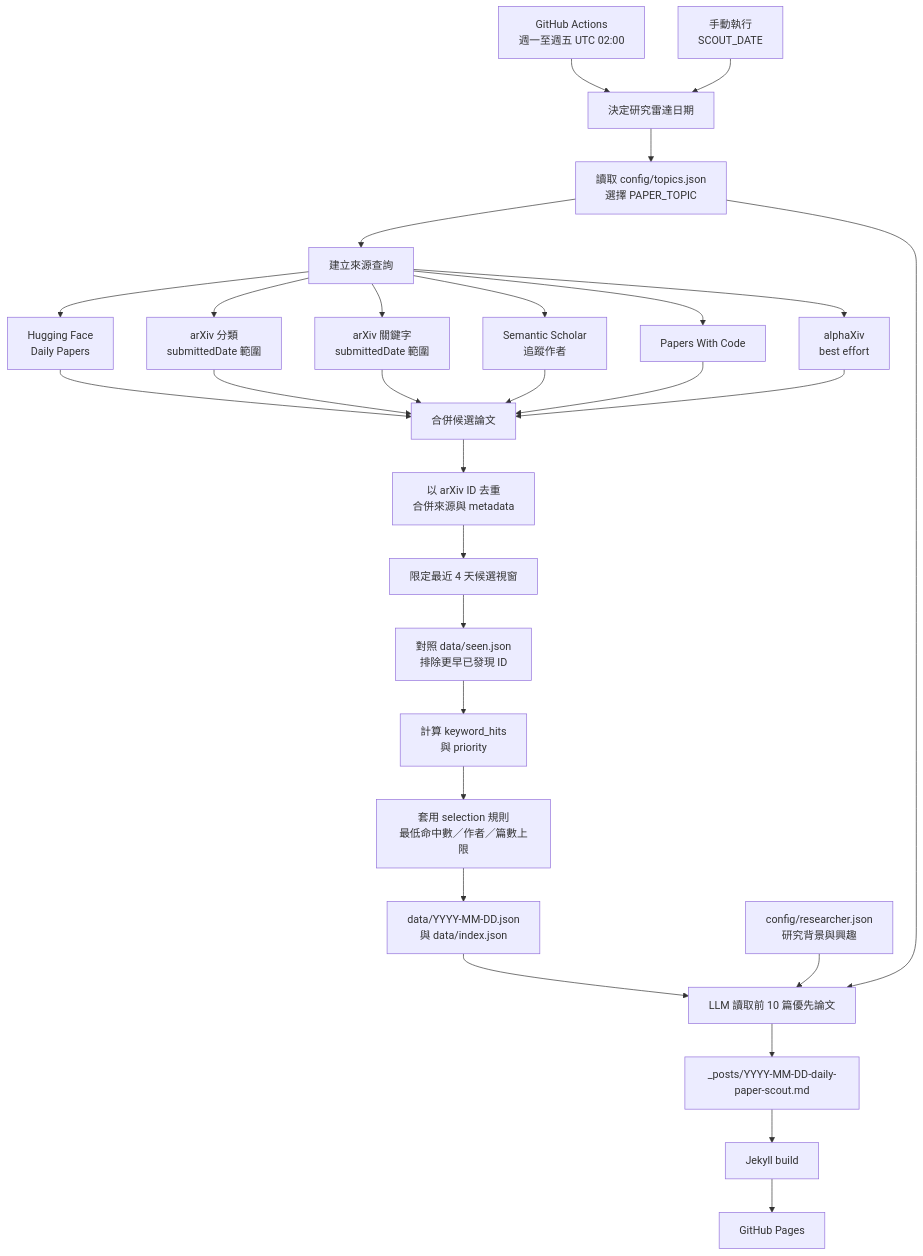
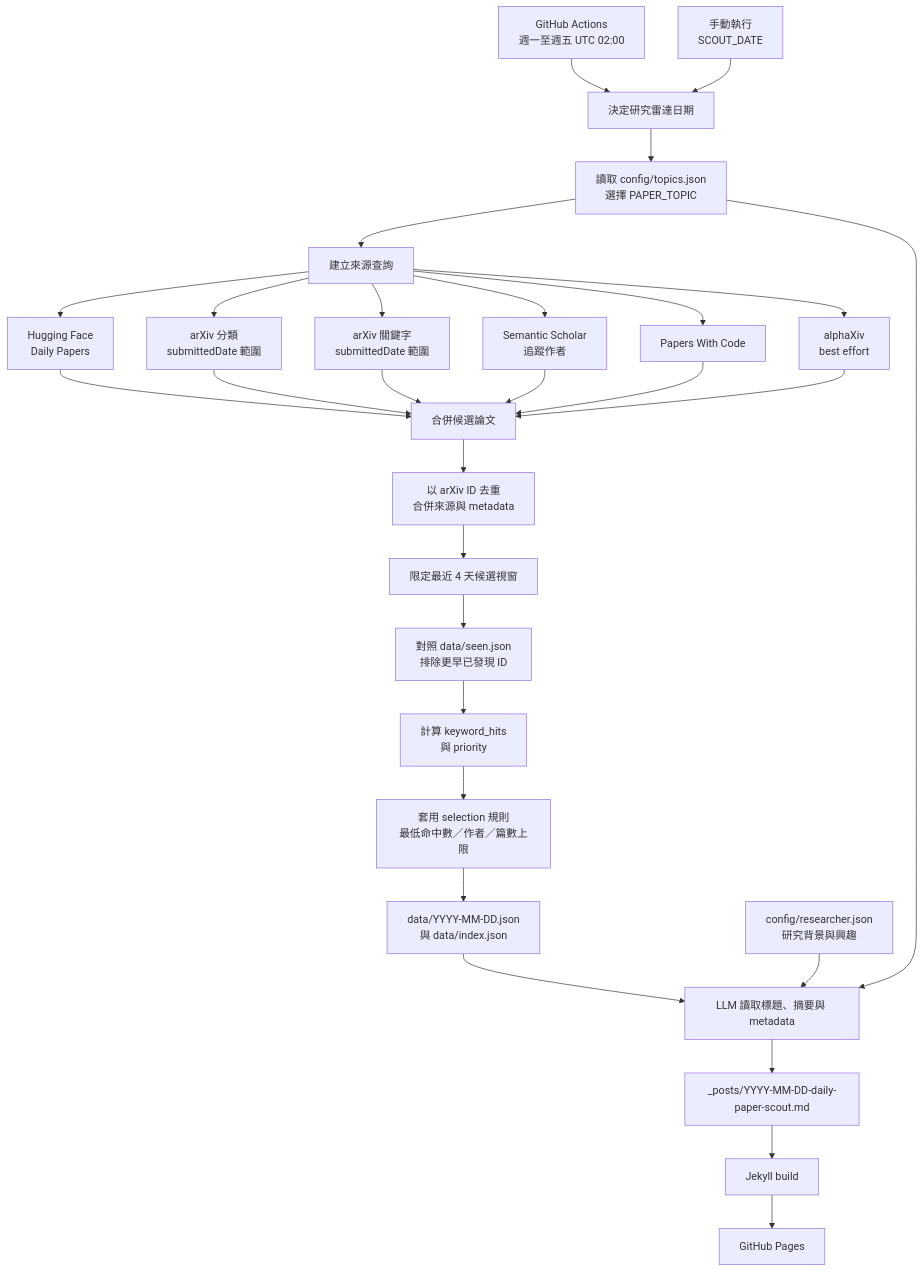
The diagram in README.md (tbdavid2019/paper-daily), drawn with Mermaid before and after one commit. The commit also changed other lines of this file and 4 other files, not shown here.

````diff
--- a/README.md
+++ b/README.md
@@ -65,36 +65,36 @@
 ```mermaid
 flowchart TD
     A[GitHub Actions<br/>週一至週五 UTC 02:00] --> C[決定研究雷達日期]
     B[手動執行<br/>SCOUT_DATE] --> C
 
     C --> D[讀取 config/topics.json<br/>選擇 PAPER_TOPIC]
     D --> E[建立來源查詢]
 
     E --> F1[Hugging Face<br/>Daily Papers]
     E --> F2[arXiv 分類<br/>submittedDate 範圍]
     E --> F3[arXiv 關鍵字<br/>submittedDate 範圍]
     E --> F4[Semantic Scholar<br/>追蹤作者]
     E --> F5[Papers With Code]
     E --> F6[alphaXiv<br/>best effort]
 
     F1 --> G[合併候選論文]
     F2 --> G
     F3 --> G
     F4 --> G
     F5 --> G
     F6 --> G
 
     G --> H[以 arXiv ID 去重<br/>合併來源與 metadata]
     H --> I[限定最近 4 天候選視窗]
     I --> I2[對照 data/seen.json<br/>排除更早已發現 ID]
     I2 --> J[計算 keyword_hits<br/>與 priority]
     J --> K[套用 selection 規則<br/>最低命中數／作者／篇數上限]
     K --> L[data/YYYY-MM-DD.json<br/>與 data/index.json]
 
-    L --> M[LLM 讀取前 10 篇優先論文]
+    L --> M[LLM 讀取標題、摘要與 metadata]
     N[config/researcher.json<br/>研究背景與興趣] --> M
     D --> M
     M --> O[_posts/YYYY-MM-DD-daily-paper-scout.md]
     O --> P[Jekyll build]
     P --> Q[GitHub Pages]
 ```
````
